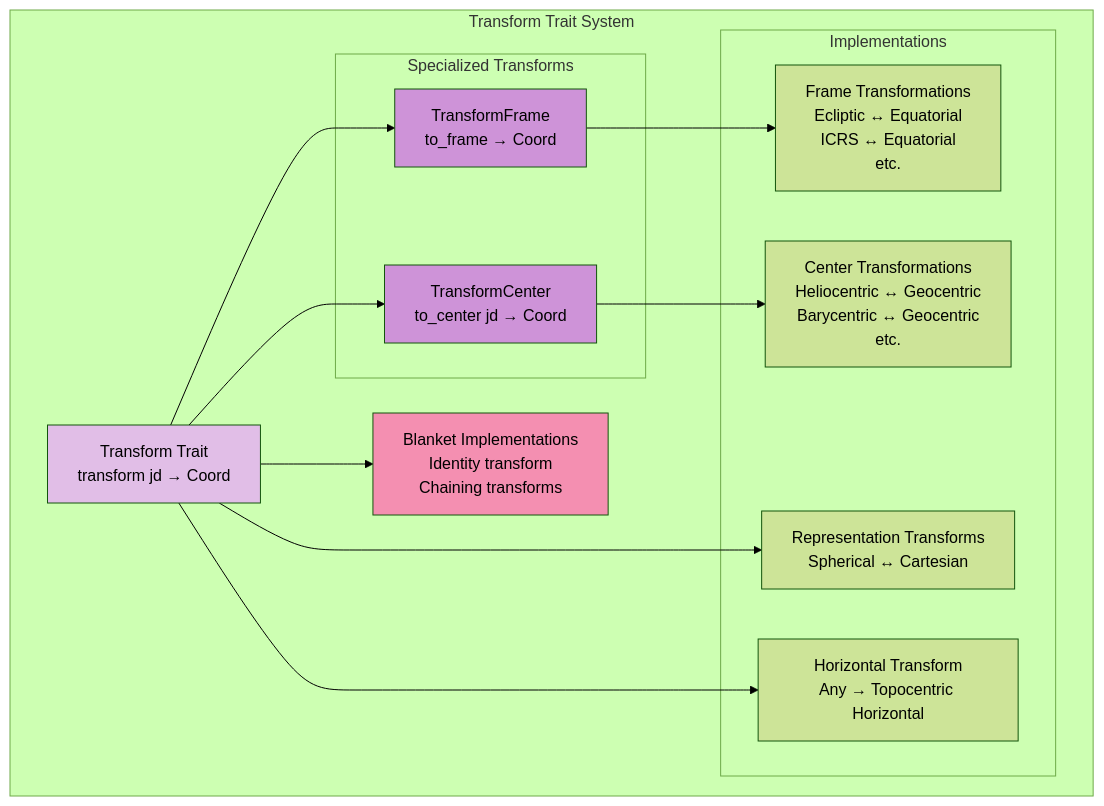
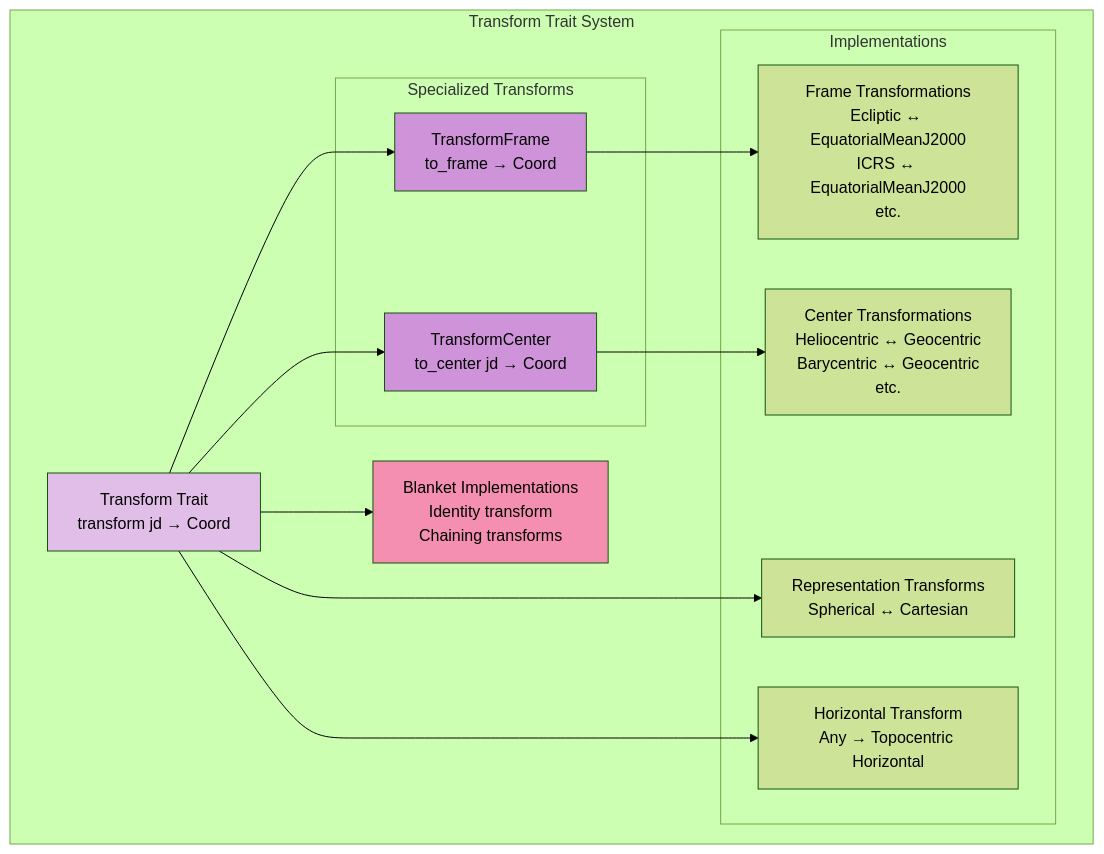
Before and after one commit to Siderust/siderust: the fourth of 6 diagrams in src/coordinates/README.md, drawn with Mermaid (forest theme). The commit also changed other lines of this file and 48 other files, not shown here.

First line of the commit message:
Refactor coordinate transformation framework to incorporate EquatorialMeanJ2000

````diff
--- a/src/coordinates/README.md
+++ b/src/coordinates/README.md
@@ -268,35 +276,35 @@
 ```mermaid
 graph TB
     subgraph "Transform Trait System"
         TRANS_TRAIT[Transform Trait<br/>transform jd → Coord]
         
         subgraph "Specialized Transforms"
             T_FRAME_TRAIT[TransformFrame<br/>to_frame → Coord]
             T_CENTER_TRAIT[TransformCenter<br/>to_center jd → Coord]
         end
         
         subgraph "Implementations"
-            FRAME_IMPL[Frame Transformations<br/>Ecliptic ↔ Equatorial<br/>ICRS ↔ Equatorial<br/>etc.]
+            FRAME_IMPL[Frame Transformations<br/>Ecliptic ↔ EquatorialMeanJ2000<br/>ICRS ↔ EquatorialMeanJ2000<br/>etc.]
             CENTER_IMPL[Center Transformations<br/>Heliocentric ↔ Geocentric<br/>Barycentric ↔ Geocentric<br/>etc.]
             REPR_IMPL[Representation Transforms<br/>Spherical ↔ Cartesian]
             HORIZ_IMPL[Horizontal Transform<br/>Any → Topocentric Horizontal]
         end
         
         BLANKET[Blanket Implementations<br/>Identity transform<br/>Chaining transforms]
     end
     
     TRANS_TRAIT --> T_FRAME_TRAIT
     TRANS_TRAIT --> T_CENTER_TRAIT
     
     T_FRAME_TRAIT --> FRAME_IMPL
     T_CENTER_TRAIT --> CENTER_IMPL
     TRANS_TRAIT --> REPR_IMPL
     TRANS_TRAIT --> HORIZ_IMPL
     
     TRANS_TRAIT --> BLANKET
     
     style TRANS_TRAIT fill:#e1bee7
     style T_FRAME_TRAIT fill:#ce93d8
     style T_CENTER_TRAIT fill:#ce93d8
     style BLANKET fill:#f48fb1
 ```
````
